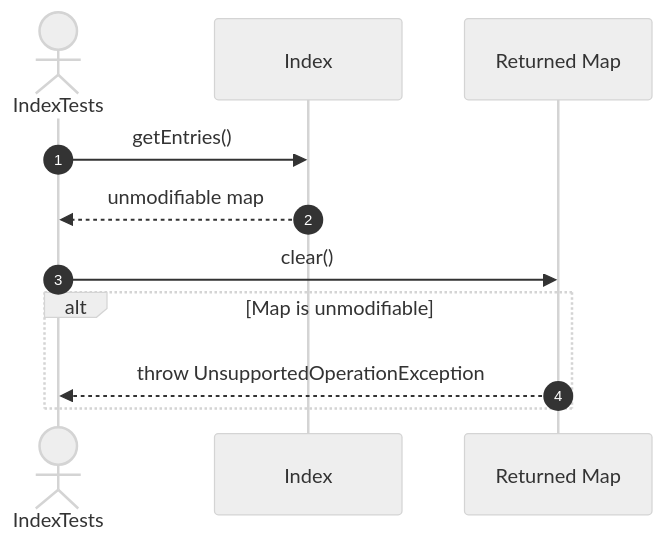
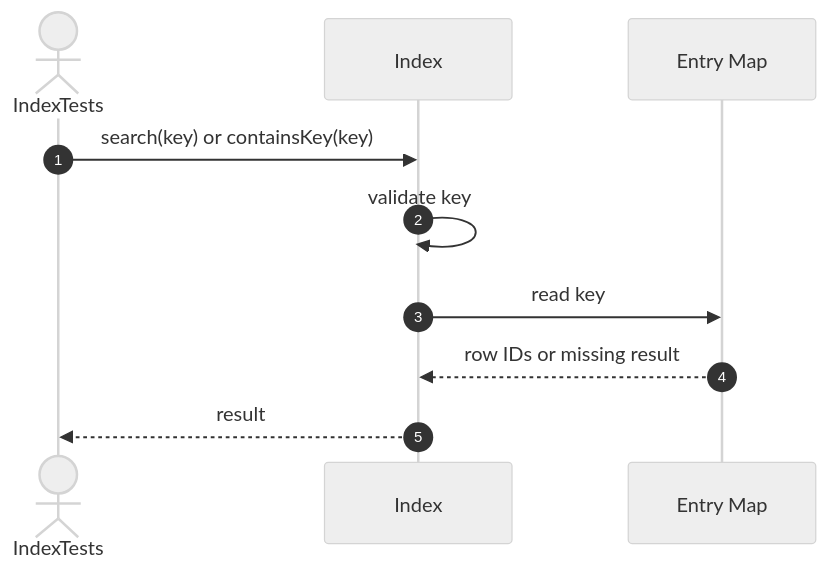
Before and after one commit to FhuAnn/-bbv-AN-s-DBMS: diagram 37 of 50 in src/tests/unit/metadata/sequences/indexs-testing.se.md, drawn with Mermaid (neutral theme). The commit also changed other lines of this file and 9 other files, not shown here.

Commit message:
table and row run test successfully, remaining constraint object

````diff
--- a/src/tests/unit/metadata/sequences/indexs-testing.se.md
+++ b/src/tests/unit/metadata/sequences/indexs-testing.se.md
@@ -229,15 +673,13 @@
 ```mermaid
 sequenceDiagram
     autonumber
     actor Test as IndexTests
     participant Index as Index
-    participant Entries as Returned Map
+    participant Entries as Entry Map
 
-    Test->>Index: getEntries()
-    Index-->>Test: unmodifiable map
-
-    Test->>Entries: clear()
-    alt Map is unmodifiable
-        Entries-->>Test: throw UnsupportedOperationException
-    end
+    Test->>Index: search(key) or containsKey(key)
+    Index->>Index: validate key
+    Index->>Entries: read key
+    Entries-->>Index: row IDs or missing result
+    Index-->>Test: result
 ```
````
